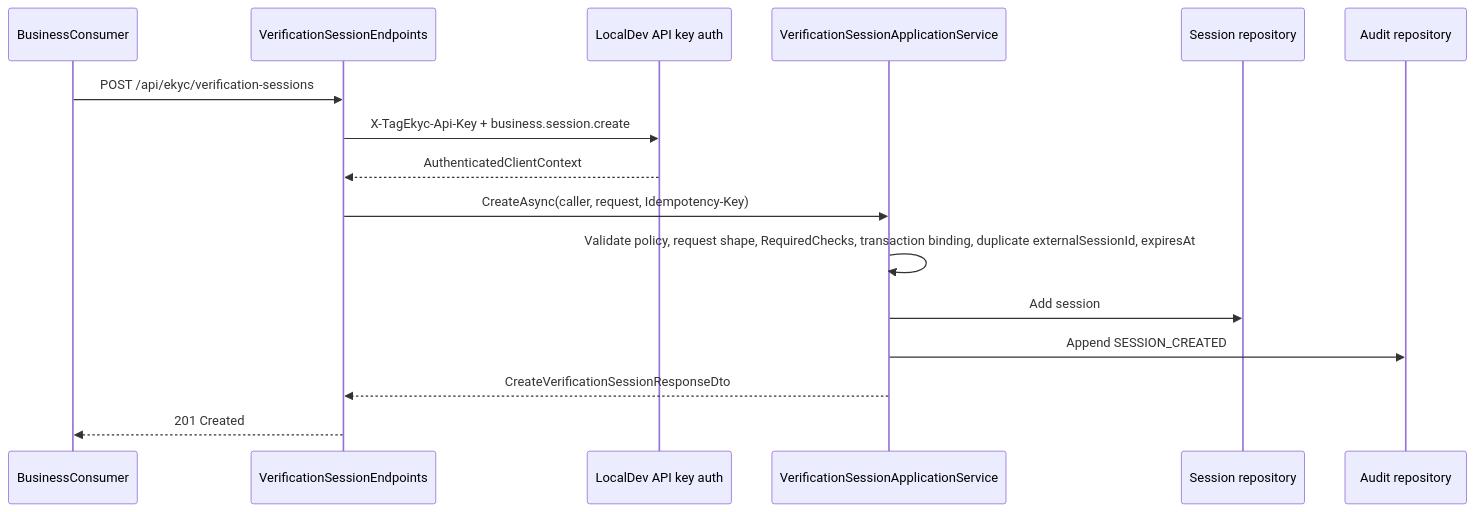
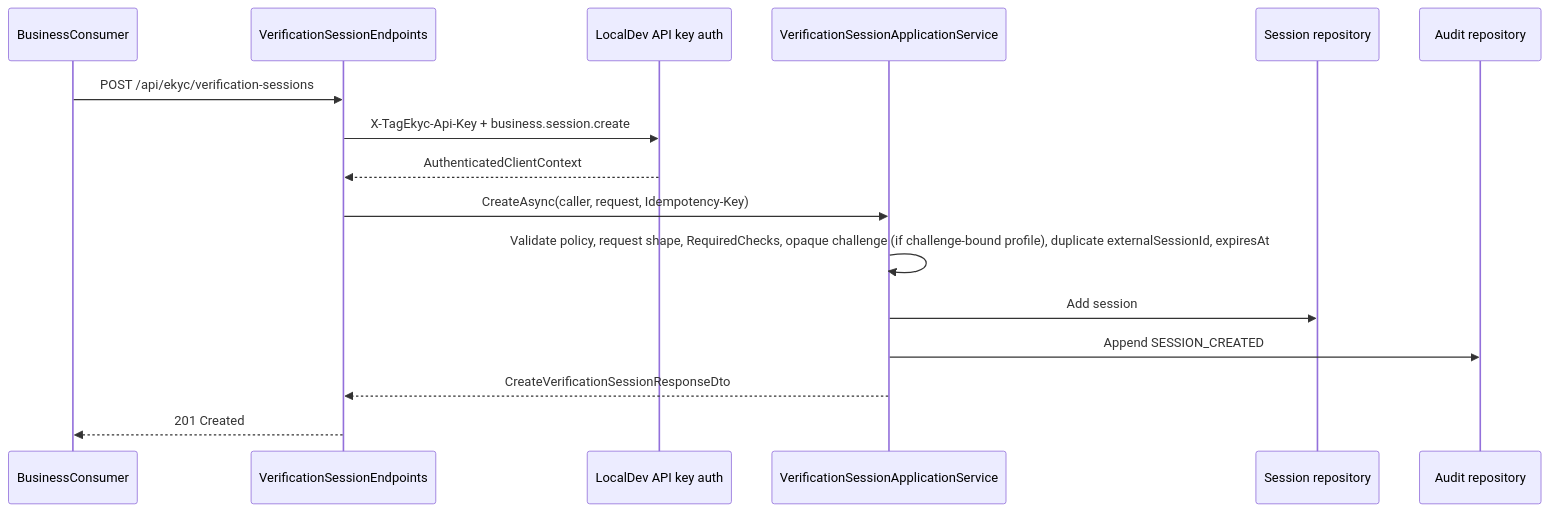
Before and after one commit to hiephm3a/TagEkyc: the first of 7 diagrams in docs/lld_02_sequence_flows_v0_1.md, drawn with Mermaid. The commit also changed other lines of this file and 13 other files, not shown here.

````diff
--- a/docs/lld_02_sequence_flows_v0_1.md
+++ b/docs/lld_02_sequence_flows_v0_1.md
@@ -44,19 +45,19 @@
 ```mermaid
 sequenceDiagram
     participant Client as BusinessConsumer
     participant Api as VerificationSessionEndpoints
     participant Auth as LocalDev API key auth
     participant Sessions as VerificationSessionApplicationService
     participant Repo as Session repository
     participant Audit as Audit repository
 
     Client->>Api: POST /api/ekyc/verification-sessions
     Api->>Auth: X-TagEkyc-Api-Key + business.session.create
     Auth-->>Api: AuthenticatedClientContext
     Api->>Sessions: CreateAsync(caller, request, Idempotency-Key)
-    Sessions->>Sessions: Validate policy, request shape, RequiredChecks, transaction binding, duplicate externalSessionId, expiresAt
+    Sessions->>Sessions: Validate policy, request shape, RequiredChecks, opaque challenge (if challenge-bound profile), duplicate externalSessionId, expiresAt
     Sessions->>Repo: Add session
     Sessions->>Audit: Append SESSION_CREATED
     Sessions-->>Api: CreateVerificationSessionResponseDto
     Api-->>Client: 201 Created
 ```
````
